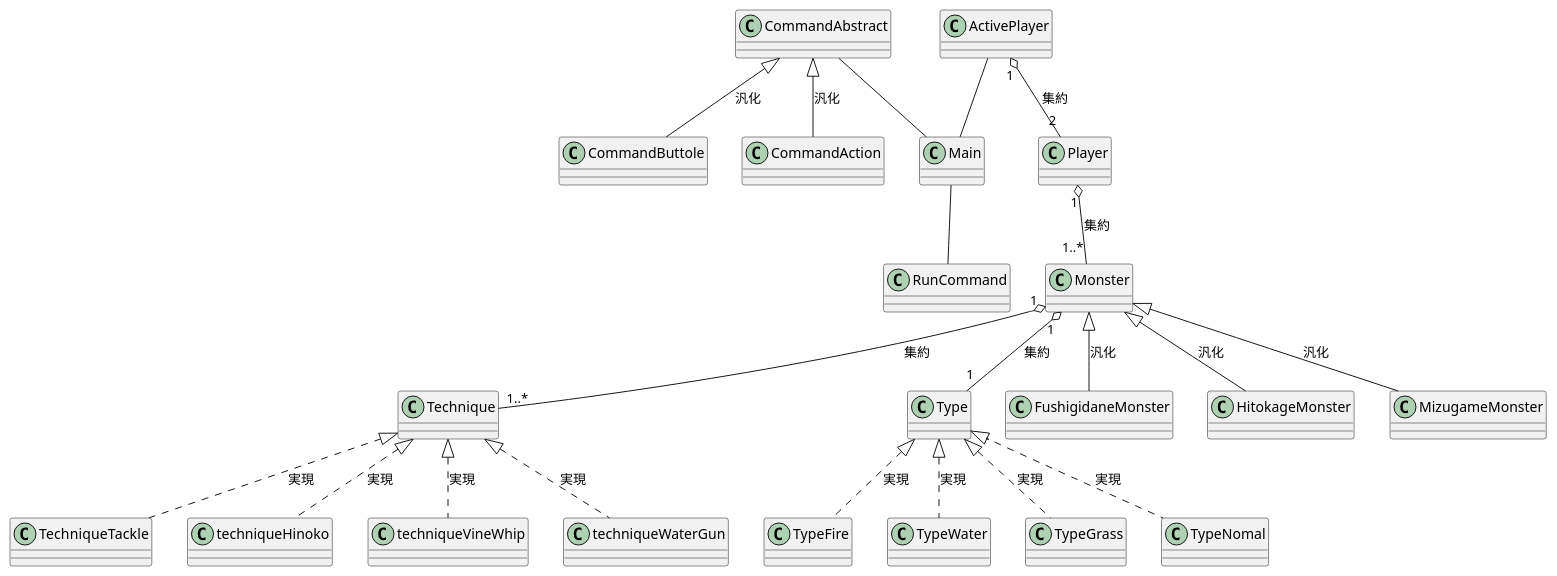
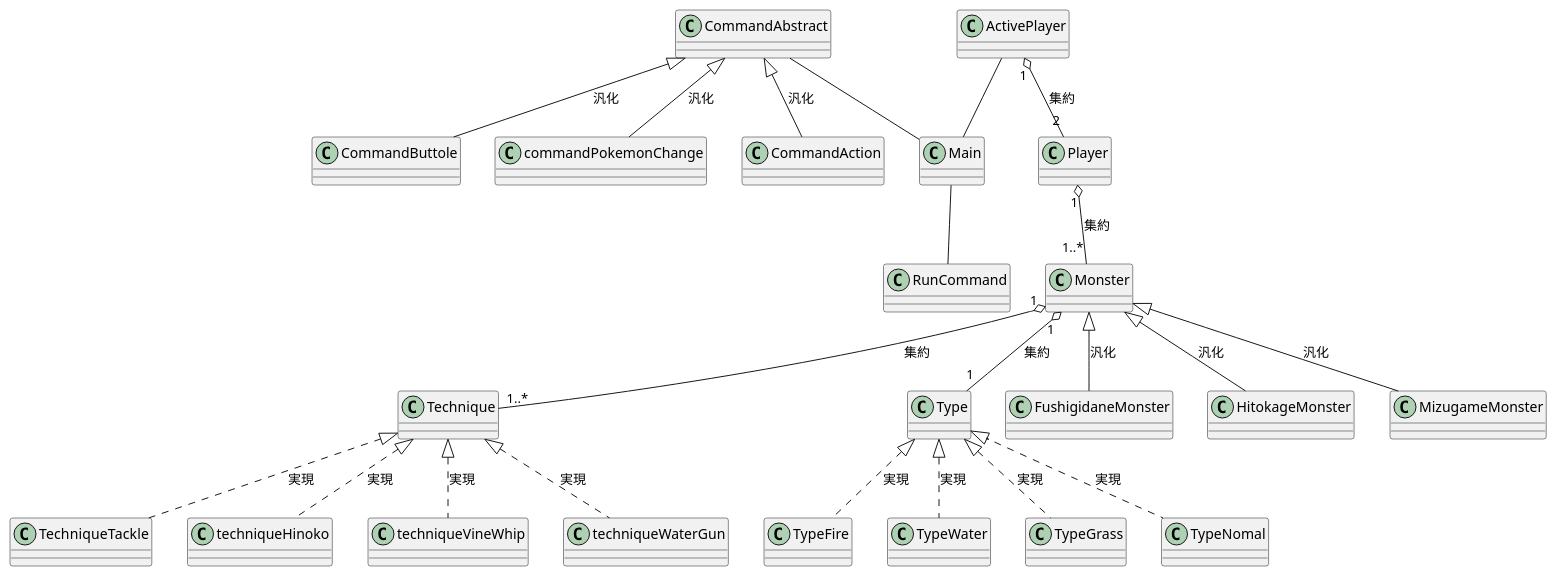
Before and after one commit to Nash-BETA/battle_app: the diagram in test.pu, drawn with PlantUML.

Commit message:
完成

```diff
--- a/test.pu
+++ b/test.pu
@@ -1,31 +1,32 @@
 @startuml TwiitDisplay
 
 Main -- RunCommand
 CommandAbstract -- Main
 ActivePlayer -- Main
 
 
 ActivePlayer "1" o-- "2" Player :集約
 Player "1" o-- "1..*" Monster :集約
 Monster "1" o-- "1..*" Technique :集約
 Monster "1" o-- "1" Type :集約
 
 CommandAbstract <|-- CommandAction :汎化
 CommandAbstract <|-- CommandButtole :汎化
+CommandAbstract <|-- commandPokemonChange :汎化
 
 Monster  <|-- FushigidaneMonster : 汎化
 Monster  <|-- HitokageMonster : 汎化
 Monster  <|-- MizugameMonster : 汎化
 
 Technique  <|.. TechniqueTackle : 実現
 Technique  <|.. techniqueHinoko : 実現
 Technique  <|.. techniqueVineWhip : 実現
 Technique  <|.. techniqueWaterGun : 実現
 
 Type <|.. TypeFire : 実現
 Type <|.. TypeWater : 実現
 Type <|.. TypeGrass : 実現
 Type <|.. TypeNomal : 実現
 
 
 @enduml
```
